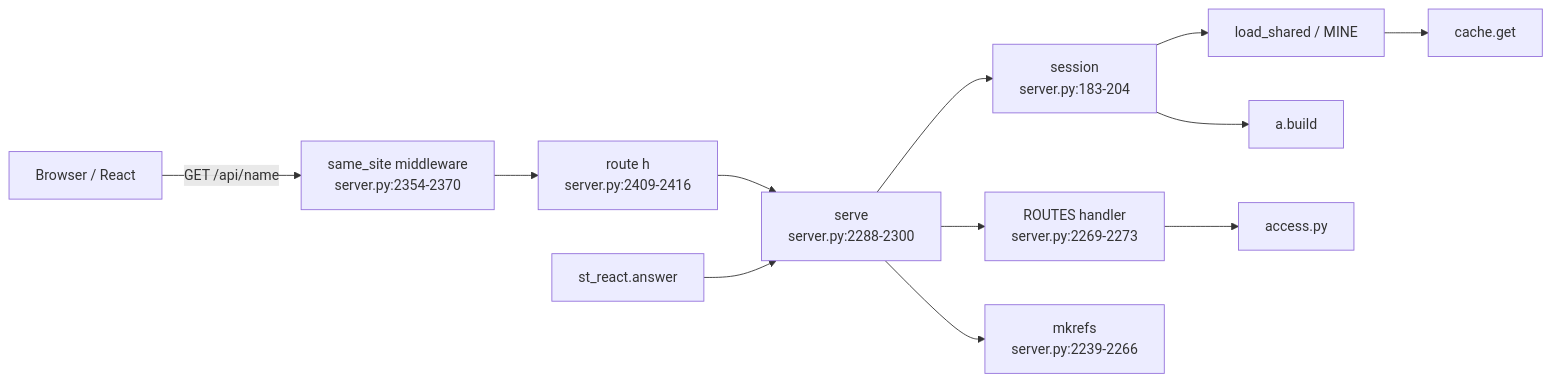
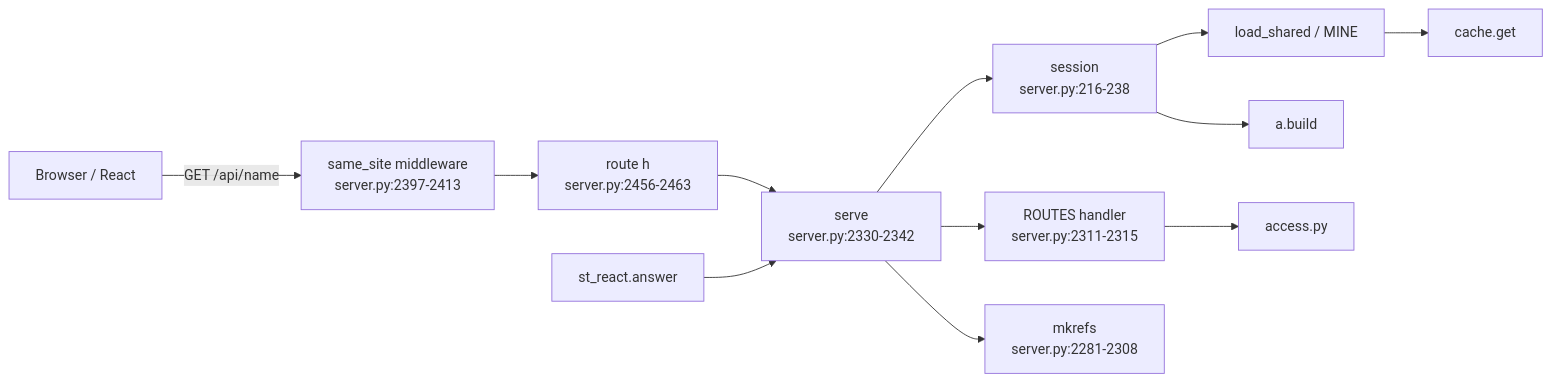
Before and after one commit to darshanmeel/snowflake-access-explorer: the first of 2 diagrams in snowflake-access-explorer-knowledge-graph/modules/server.md, drawn with Mermaid. The commit also changed other lines of this file and 79 other files, not shown here.

Commit message:
Knowledge graph: STATEMENT_TIMEOUT, WORKERS, ACTIVITY, HIERARCHY, progress lines, shared ACCESS_HISTORY read, procedure batching; node lines re-synced

````diff
--- a/snowflake-access-explorer-knowledge-graph/modules/server.md
+++ b/snowflake-access-explorer-knowledge-graph/modules/server.md
@@ -6,14 +6,14 @@
 ```mermaid
 flowchart LR
-  B[Browser / React] -->|GET /api/name| MW[same_site middleware<br/>server.py:2354-2370]
-  MW --> R[route h<br/>server.py:2409-2416]
-  R --> SV[serve<br/>server.py:2288-2300]
-  SV --> SE[session<br/>server.py:183-204]
+  B[Browser / React] -->|GET /api/name| MW[same_site middleware<br/>server.py:2397-2413]
+  MW --> R[route h<br/>server.py:2456-2463]
+  R --> SV[serve<br/>server.py:2330-2342]
+  SV --> SE[session<br/>server.py:216-238]
   SE --> LS[load_shared / MINE]
   LS --> C[cache.get]
   SE --> AB[a.build]
-  SV --> H[ROUTES handler<br/>server.py:2269-2273]
+  SV --> H[ROUTES handler<br/>server.py:2311-2315]
   H --> A[access.py]
-  SV --> MK[mkrefs<br/>server.py:2239-2266]
+  SV --> MK[mkrefs<br/>server.py:2281-2308]
   ST[st_react.answer] --> SV
 ```
````
